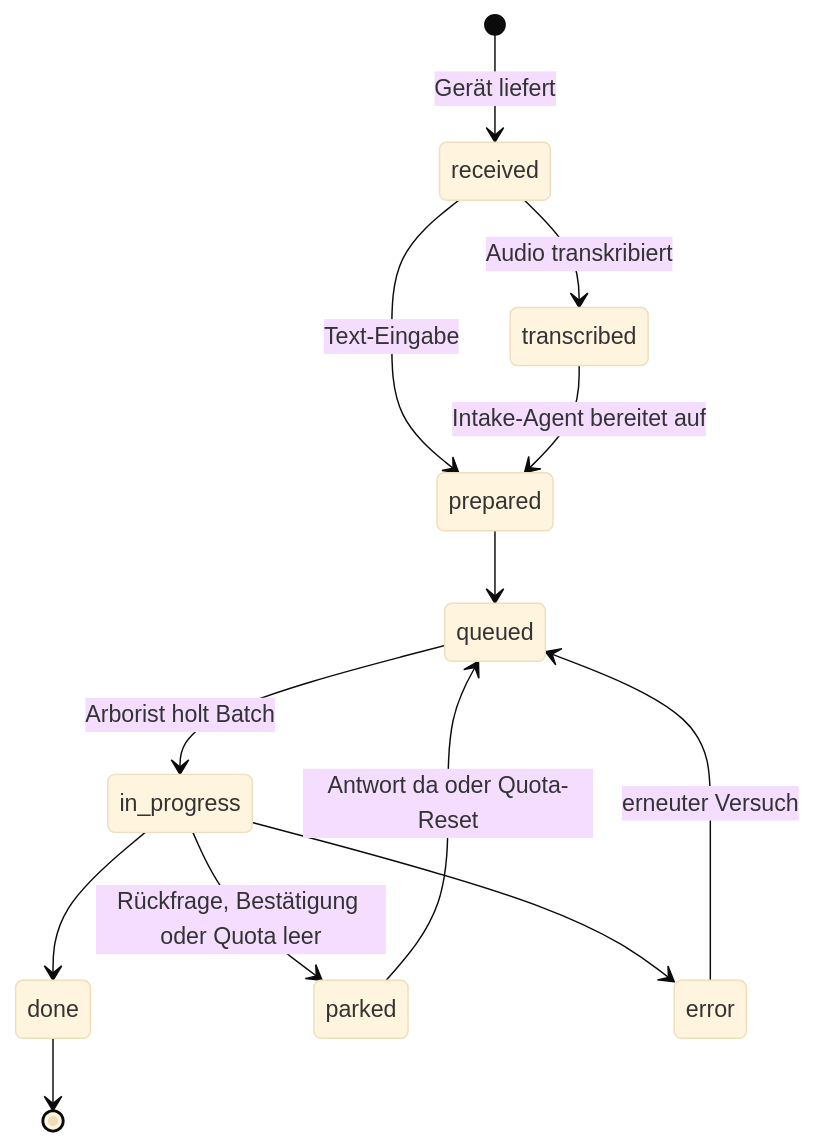
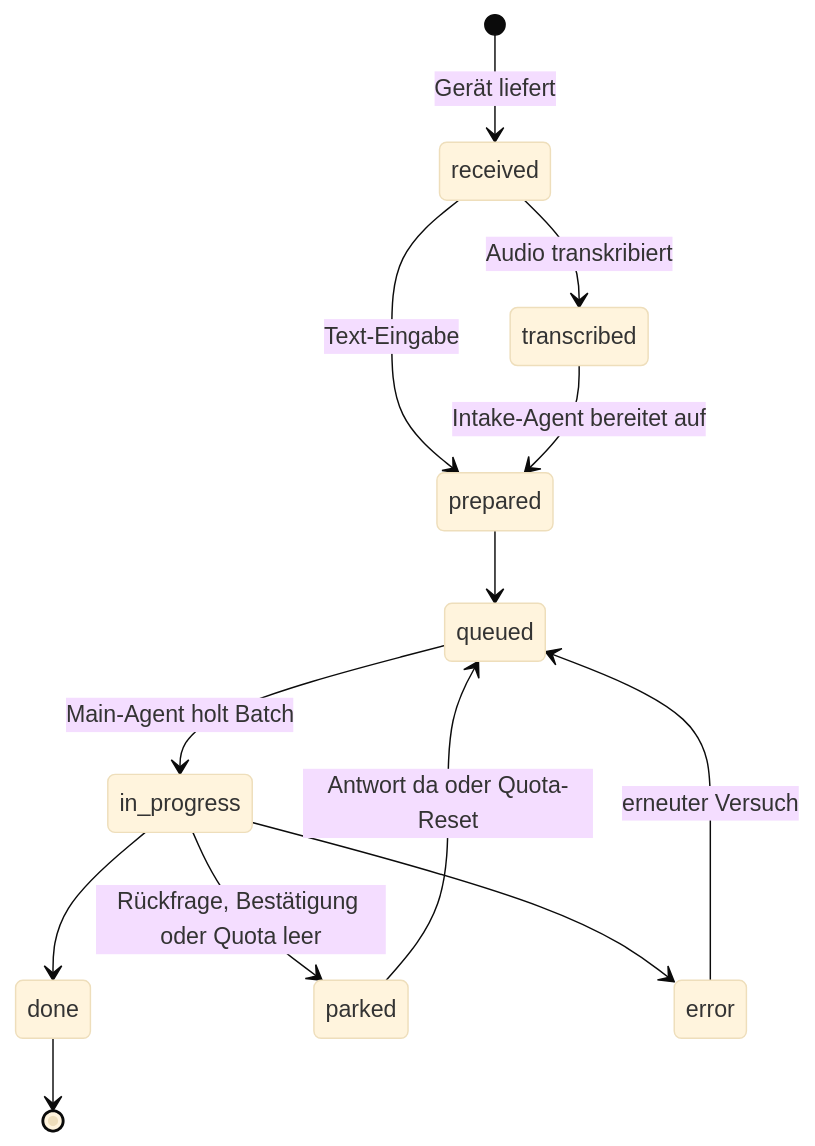
The fifth of 13 diagrams in docs/arc42.md (merlinbecker/playdate-claude-client), drawn with Mermaid (base theme) before and after one commit. The commit also changed other lines of this file and 24 other files, not shown here.

````diff
--- a/docs/arc42.md
+++ b/docs/arc42.md
@@ -184,15 +184,15 @@
 ```mermaid
 stateDiagram-v2
     [*] --> received: Gerät liefert
     received --> transcribed: Audio transkribiert
     received --> prepared: Text-Eingabe
     transcribed --> prepared: Intake-Agent bereitet auf
     prepared --> queued
-    queued --> in_progress: Arborist holt Batch
+    queued --> in_progress: Main-Agent holt Batch
     in_progress --> done
     in_progress --> parked: Rückfrage, Bestätigung oder Quota leer
     parked --> queued: Antwort da oder Quota-Reset
     in_progress --> error
     error --> queued: erneuter Versuch
     done --> [*]
 ```
````
